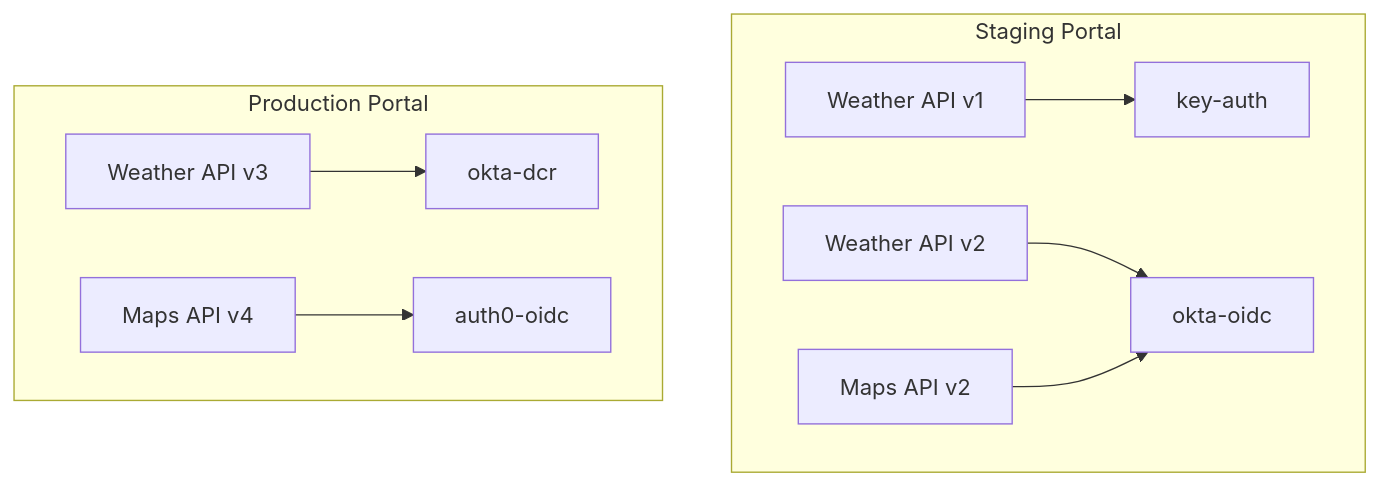
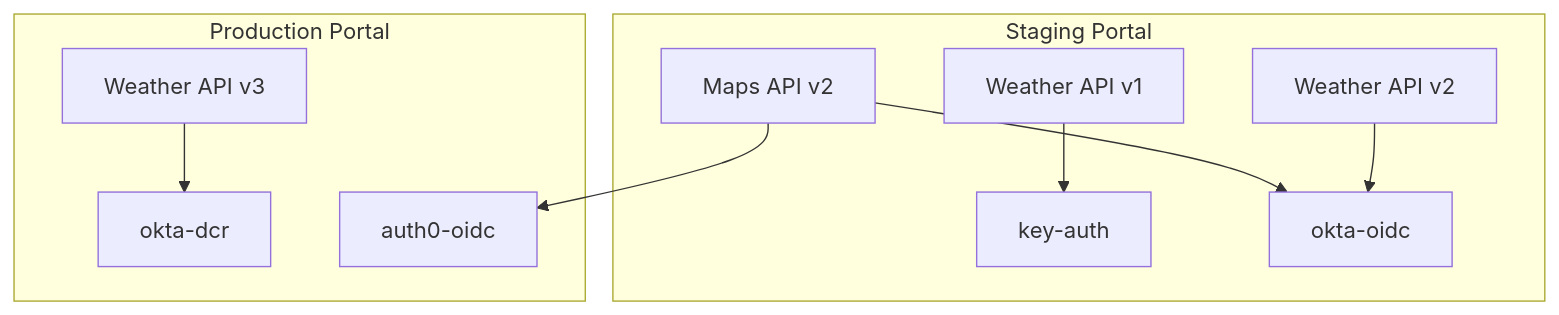
One commit to Kong/docs.konghq.com changed the diagram in app/konnect/dev-portal/applications/enable-app-reg.md. Above: the diagram before and after it, drawn with Mermaid. The commit also changed other lines of this file, not shown here.

```diff
--- a/app/konnect/dev-portal/applications/enable-app-reg.md
+++ b/app/konnect/dev-portal/applications/enable-app-reg.md
@@ -17,13 +17,13 @@
 {% mermaid %}
 flowchart TB
     subgraph Staging Portal
     WeatherAPIv1["Weather API v1"] --> key-auth
     WeatherAPIv2["Weather API v2"] --> okta-oidc
     MapsAPIv2["Maps API v2"] --> okta-oidc
     end
     subgraph Production Portal
     WeatherAPIv3["Weather API v3"] --> okta-dcr
-    MapsAPIv4["Maps API v4"] --> auth0-oidc
+    MapsAPIv2["Maps API v2"] --> auth0-oidc
     end
 
 {% endmermaid %}
```
